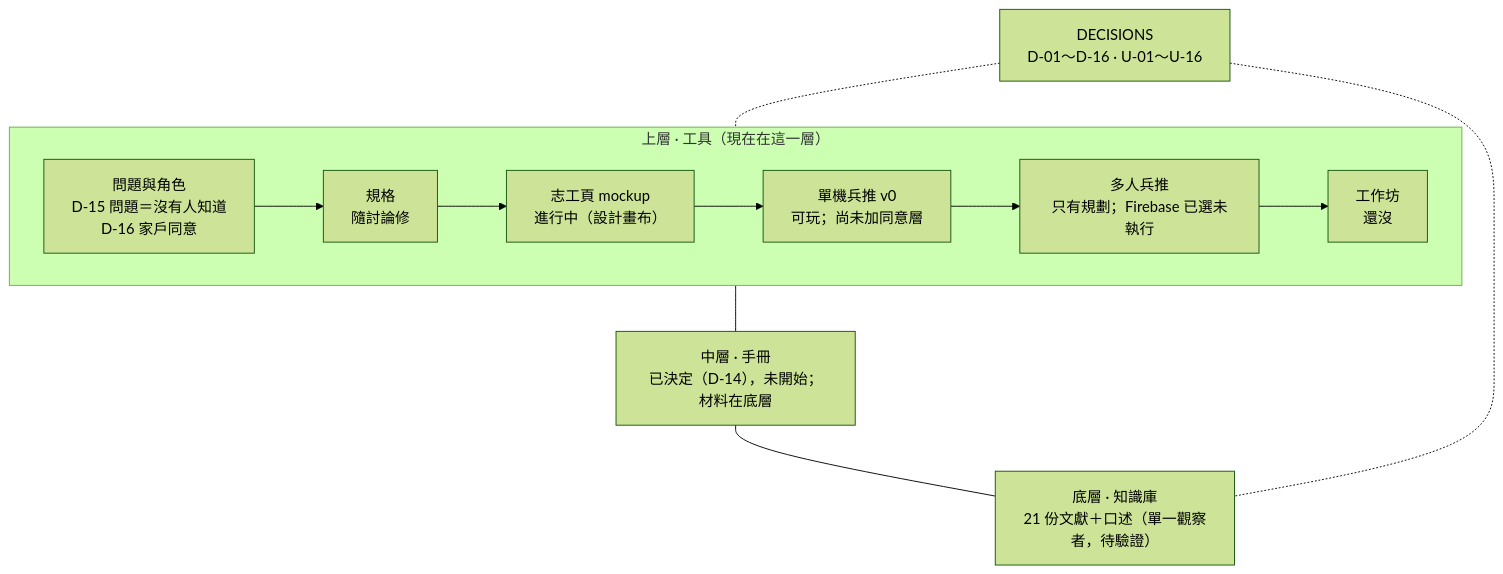
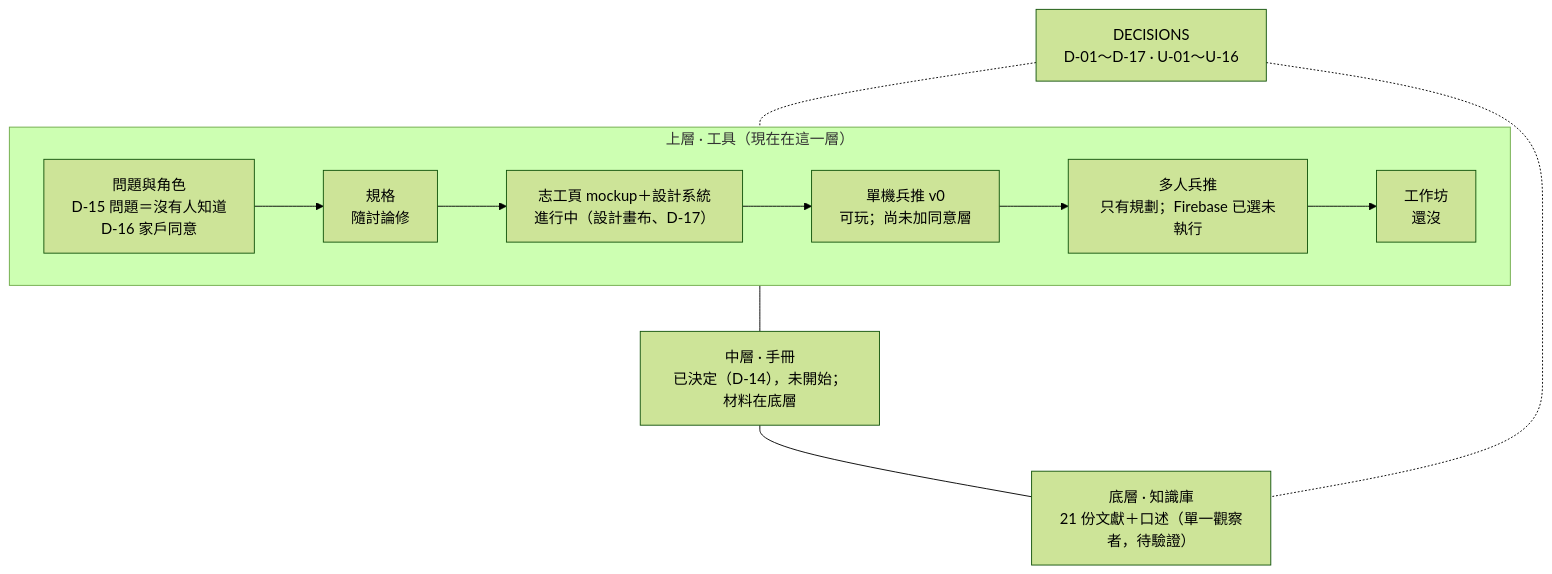
Before and after one commit to BasilHsieh/resq-hub: the seventh of 8 diagrams in ARCHITECTURE.md, drawn with Mermaid (forest theme). The commit also changed other lines of this file and 8 other files, not shown here.

````diff
--- a/ARCHITECTURE.md
+++ b/ARCHITECTURE.md
@@ -460,19 +461,19 @@
 ```mermaid
 flowchart TB
     subgraph TOOL["上層 · 工具（現在在這一層）"]
         direction LR
-        R["問題與角色<br/>D-15 問題＝沒有人知道<br/>D-16 家戶同意"] --> S["規格<br/>隨討論修"] --> M["志工頁 mockup<br/>進行中（設計畫布）"] --> P1["單機兵推 v0<br/>可玩；尚未加同意層"] --> P2["多人兵推<br/>只有規劃；Firebase 已選未執行"] --> W["工作坊<br/>還沒"]
+        R["問題與角色<br/>D-15 問題＝沒有人知道<br/>D-16 家戶同意"] --> S["規格<br/>隨討論修"] --> M["志工頁 mockup＋設計系統<br/>進行中（設計畫布、D-17）"] --> P1["單機兵推 v0<br/>可玩；尚未加同意層"] --> P2["多人兵推<br/>只有規劃；Firebase 已選未執行"] --> W["工作坊<br/>還沒"]
     end
     HB["中層 · 手冊<br/>已決定（D-14），未開始；材料在底層"]
     KB["底層 · 知識庫<br/>21 份文獻＋口述（單一觀察者，待驗證）"]
-    DEC["DECISIONS<br/>D-01～D-16 · U-01～U-16"]
+    DEC["DECISIONS<br/>D-01～D-17 · U-01～U-16"]
     TOOL --- HB --- KB
     DEC -.- TOOL
     DEC -.- KB
     click R "output/spec/角色輪廓.md" "開啟原檔"
     click M "output/prototype/03-志工頁/README.md" "開啟原檔"
     click S "output/spec/資料模型與狀態機.md" "開啟原檔"
     click P1 "output/prototype/01-兵推/README.md" "開啟原檔"
     click P2 "output/prototype/02-兵推多人/README.md" "開啟原檔"
     click DEC "DECISIONS.md" "開啟原檔"
 ```
````
